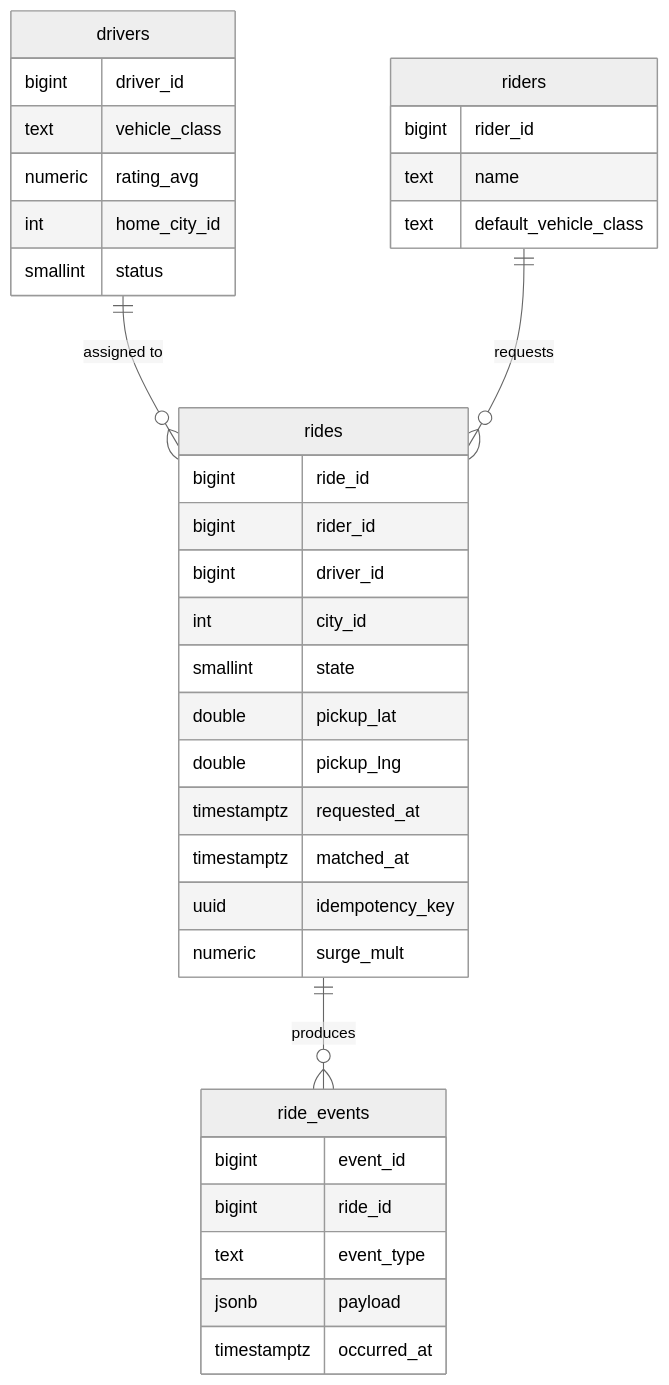
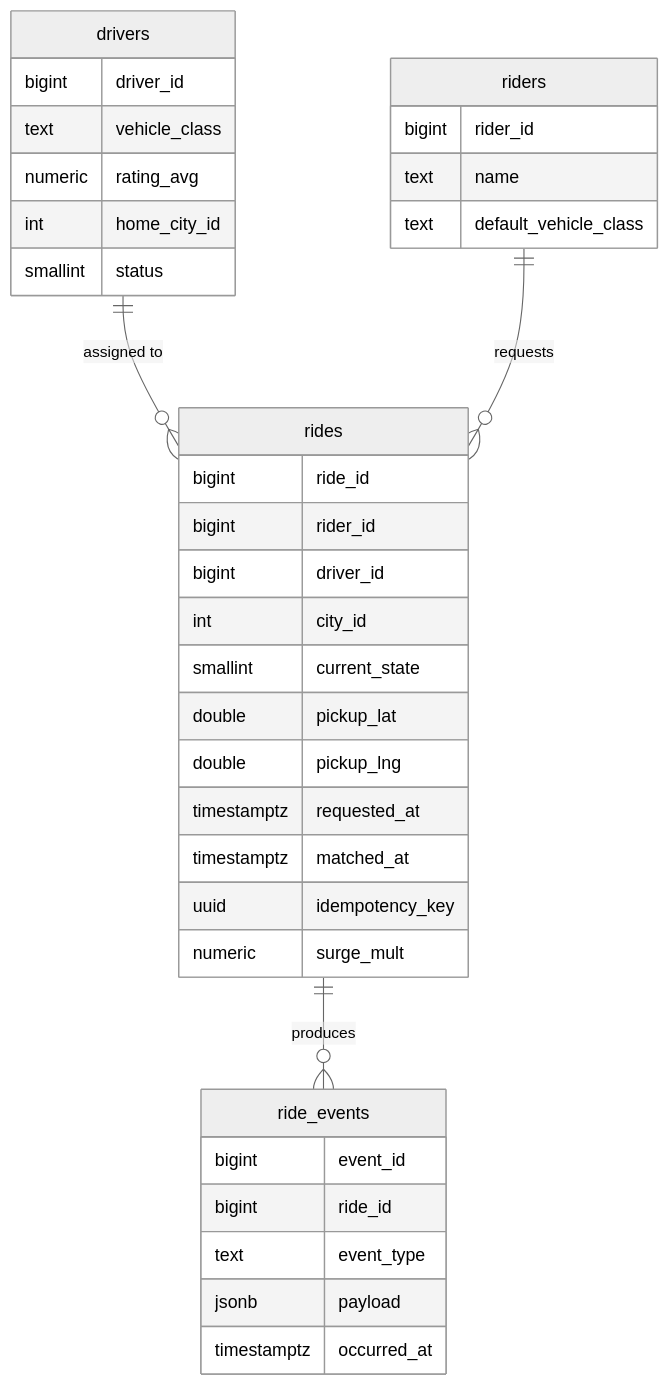
One commit to shiningflash/shiningflash.github.io changed the ninth of 13 diagrams in _practice/system-design/007-ride-sharing.md. Above: the diagram before and after it, drawn with Mermaid (neutral theme). The commit also changed 4 other files, not shown here.

````diff
--- a/_practice/system-design/007-ride-sharing.md
+++ b/_practice/system-design/007-ride-sharing.md
@@ -636,39 +636,39 @@
 ```mermaid
 erDiagram
     drivers ||--o{ rides : "assigned to"
     riders ||--o{ rides : "requests"
     rides ||--o{ ride_events : "produces"
 
     drivers {
         bigint driver_id
         text vehicle_class
         numeric rating_avg
         int home_city_id
         smallint status
     }
     riders {
         bigint rider_id
         text name
         text default_vehicle_class
     }
     rides {
         bigint ride_id
         bigint rider_id
         bigint driver_id
         int city_id
-        smallint state
+        smallint current_state
         double pickup_lat
         double pickup_lng
         timestamptz requested_at
         timestamptz matched_at
         uuid idempotency_key
         numeric surge_mult
     }
     ride_events {
         bigint event_id
         bigint ride_id
         text event_type
         jsonb payload
         timestamptz occurred_at
     }
 ```
````
